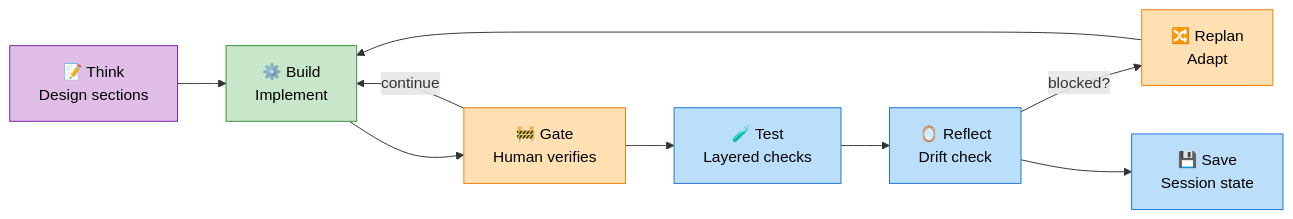
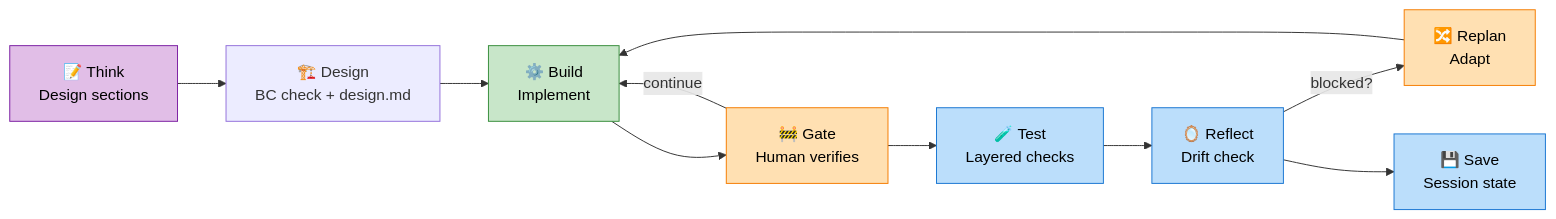
One commit to digital-stoic-org/agent-skills changed the fifth of 9 diagrams in README-full.md. Above: the diagram before and after it, drawn with Mermaid. The commit also changed other lines of this file and 7 other files, not shown here.

````diff
--- a/README-full.md
+++ b/README-full.md
@@ -143,21 +143,22 @@
 ```mermaid
 flowchart LR
-    plan["📝 Think<br/>Design sections"] --> dev["⚙️ Build<br/>Implement"]
+    plan["📝 Think<br/>Design sections"] --> design["🏗️ Design<br/>BC check + design.md"]
+    design --> dev["⚙️ Build<br/>Implement"]
     dev --> gate["🚧 Gate<br/>Human verifies"]
     gate -->|"continue"| dev
     gate --> test["🧪 Test<br/>Layered checks"]
     test --> reflect["🪞 Reflect<br/>Drift check"]
     reflect -->|"blocked?"| replan["🔀 Replan<br/>Adapt"]
     reflect --> save["💾 Save<br/>Session state"]
     replan --> dev
 
     classDef think fill:#E1BEE7,stroke:#7B1FA2,color:#000
     classDef build fill:#C8E6C9,stroke:#388E3C,color:#000
     classDef gate fill:#FFE0B2,stroke:#F57C00,color:#000
     classDef meta fill:#BBDEFB,stroke:#1976D2,color:#000
 
     class plan think
     class dev build
     class gate,replan gate
     class test,reflect,save meta
 ```
````
